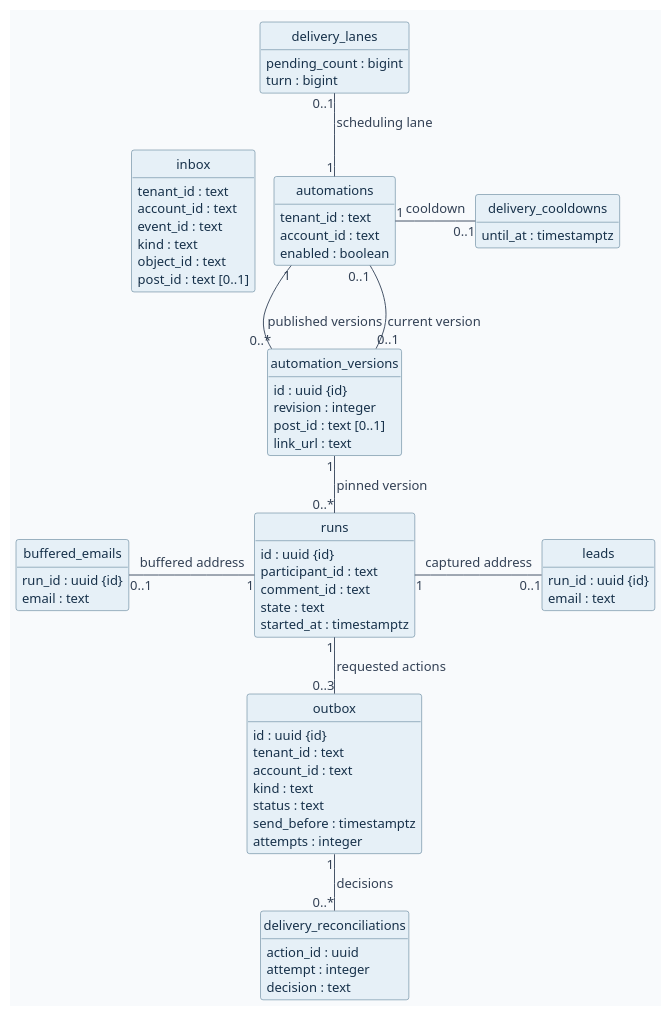
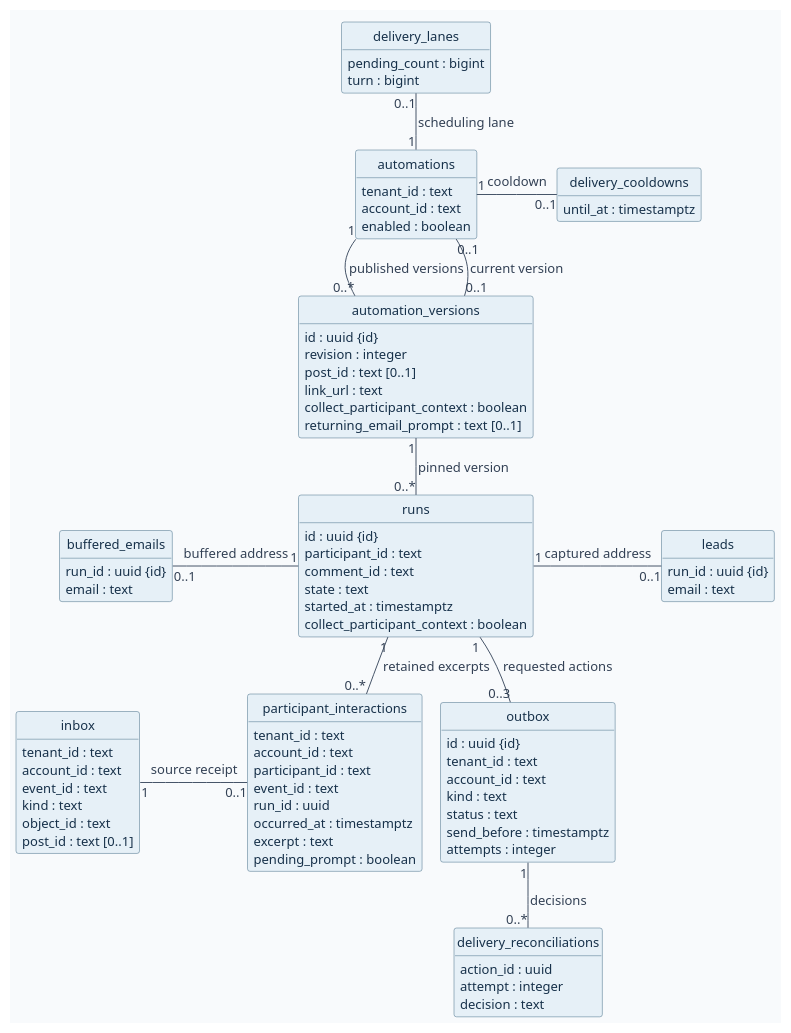
Before and after one commit to ByAxe/blotato-comment-automations: the diagram in docs/diagrams/data-model.puml, drawn with PlantUML. The commit also changed 25 other files, not shown here.

Commit message:
docs: align diagrams and acceptance checks with retained participant context

```diff
--- a/docs/diagrams/data-model.puml
+++ b/docs/diagrams/data-model.puml
@@ -1,94 +1,110 @@
 @startuml
 !pragma layout smetana
 hide circle
 hide empty members
 skinparam BackgroundColor #F8FAFC
 skinparam DefaultFontName SansSerif
 skinparam DefaultFontColor #17314A
 skinparam DefaultFontSize 15
 skinparam Shadowing false
 skinparam ArrowColor #475569
 skinparam ArrowFontColor #334155
 skinparam ArrowFontSize 13
 skinparam ClassBackgroundColor #E6F0F7
 skinparam ClassBorderColor #456C87
 skinparam ClassAttributeFontSize 13
 skinparam nodesep 35
 skinparam ranksep 54
 
 class automations {
   tenant_id : text
   account_id : text
   enabled : boolean
 }
 
 class automation_versions {
   id : uuid {id}
   revision : integer
   post_id : text [0..1]
   link_url : text
+  collect_participant_context : boolean
+  returning_email_prompt : text [0..1]
 }
 
 class inbox {
   tenant_id : text
   account_id : text
   event_id : text
   kind : text
   object_id : text
   post_id : text [0..1]
 }
 
 class runs {
   id : uuid {id}
   participant_id : text
   comment_id : text
   state : text
   started_at : timestamptz
+  collect_participant_context : boolean
+}
+
+class participant_interactions {
+  tenant_id : text
+  account_id : text
+  participant_id : text
+  event_id : text
+  run_id : uuid
+  occurred_at : timestamptz
+  excerpt : text
+  pending_prompt : boolean
 }
 
 class buffered_emails {
   run_id : uuid {id}
   email : text
 }
 
 class leads {
   run_id : uuid {id}
   email : text
 }
 
 class outbox {
   id : uuid {id}
   tenant_id : text
   account_id : text
   kind : text
   status : text
   send_before : timestamptz
   attempts : integer
 }
 
 class delivery_lanes {
   pending_count : bigint
   turn : bigint
 }
 
 class delivery_cooldowns {
   until_at : timestamptz
 }
 
 class delivery_reconciliations {
   action_id : uuid
   attempt : integer
   decision : text
 }
 
-inbox -[hidden]right- automations
 automations "1" -down- "0..*" automation_versions : published versions
 automations "0..1" -down- "0..1" automation_versions : current version
 automations "1" -up- "0..1" delivery_lanes : scheduling lane
 automations "1" -right- "0..1" delivery_cooldowns : cooldown
 automation_versions "1" -down- "0..*" runs : pinned version
 runs "1" -left- "0..1" buffered_emails : buffered address
 runs "1" -right- "0..1" leads : captured address
 runs "1" -down- "0..3" outbox : requested actions
+participant_interactions "0..*" -up- "1" runs : retained excerpts
+participant_interactions "0..1" -left- "1" inbox : source receipt
+participant_interactions -[hidden]right- outbox
 outbox "1" -down- "0..*" delivery_reconciliations : decisions
 @enduml
```
